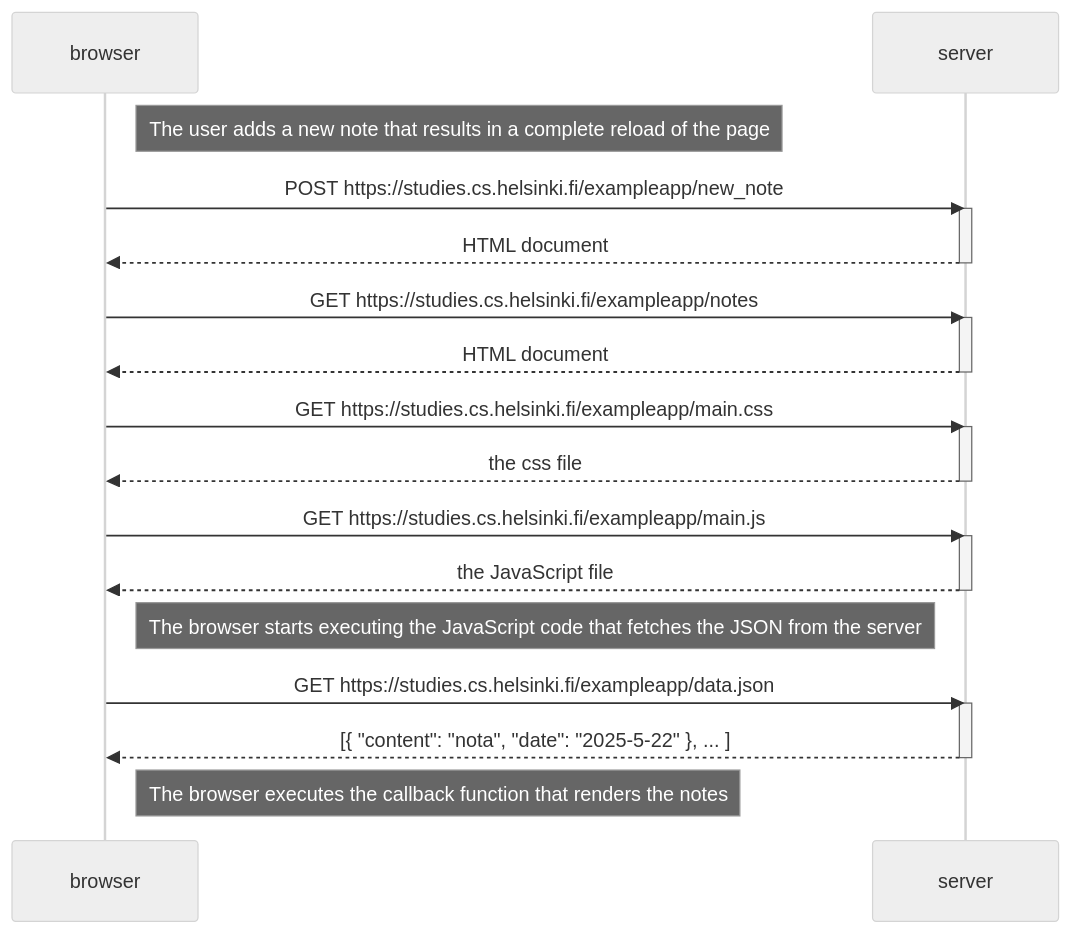
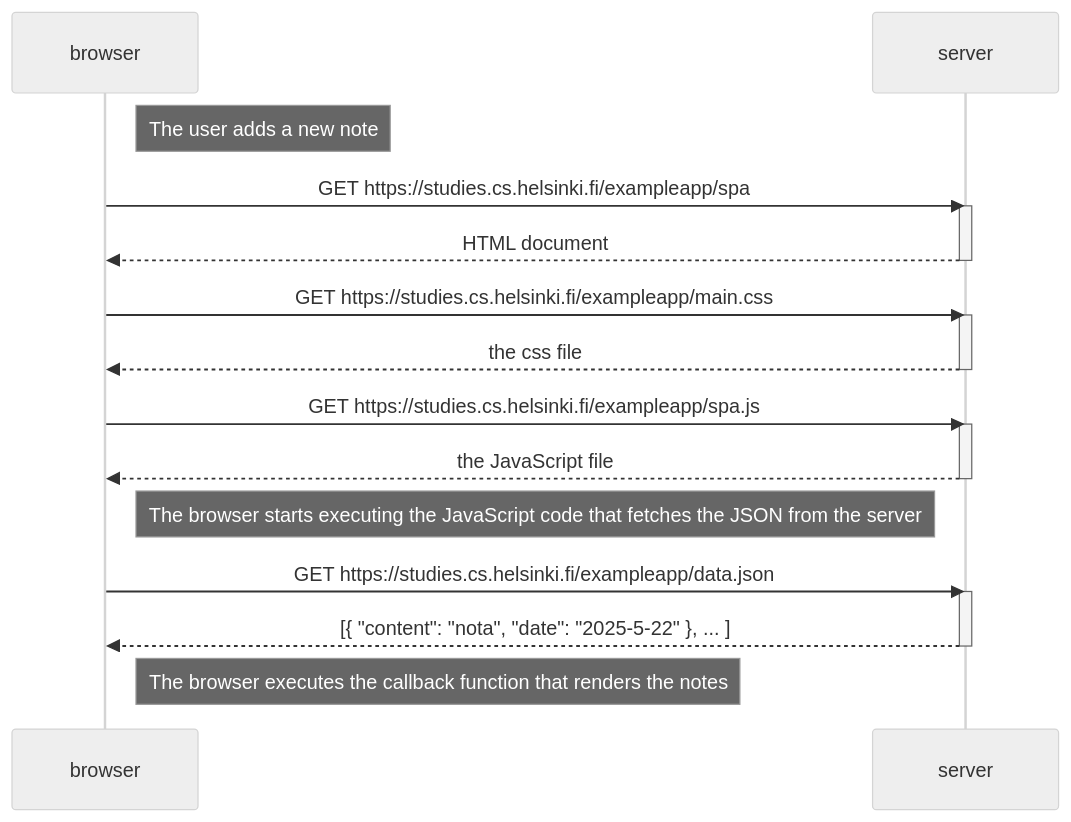
Before and after one commit to Euskindar/Fullstack-Course: the diagram in part0/ex0.5.md, drawn with Mermaid (neutral theme).

Commit message:
Finish ex0.4 starting ex0.5

````diff
--- a/part0/ex0.5.md
+++ b/part0/ex0.5.md
@@ -1,36 +1,33 @@
 ```mermaid
 sequenceDiagram
     participant browser
     participant server
 
-    Note right of browser: The user adds a new note that results in a complete reload of the page
+    Note right of browser: The user adds a new note
 
-    browser->>server: POST https://studies.cs.helsinki.fi/exampleapp/new_note
-    activate server
-    server-->>browser: HTML document
-    deactivate server
 
-    browser->>server: GET https://studies.cs.helsinki.fi/exampleapp/notes
+
+    browser->>server: GET https://studies.cs.helsinki.fi/exampleapp/spa
     activate server
     server-->>browser: HTML document
     deactivate server
 
     browser->>server: GET https://studies.cs.helsinki.fi/exampleapp/main.css
     activate server
     server-->>browser: the css file
     deactivate server
 
-    browser->>server: GET https://studies.cs.helsinki.fi/exampleapp/main.js
+    browser->>server: GET https://studies.cs.helsinki.fi/exampleapp/spa.js
     activate server
     server-->>browser: the JavaScript file
     deactivate server
 
     Note right of browser: The browser starts executing the JavaScript code that fetches the JSON from the server
 
     browser->>server: GET https://studies.cs.helsinki.fi/exampleapp/data.json
     activate server
     server-->>browser: [{ "content": "nota", "date": "2025-5-22" }, ... ]
     deactivate server
 
     Note right of browser: The browser executes the callback function that renders the notes
 ```
````
